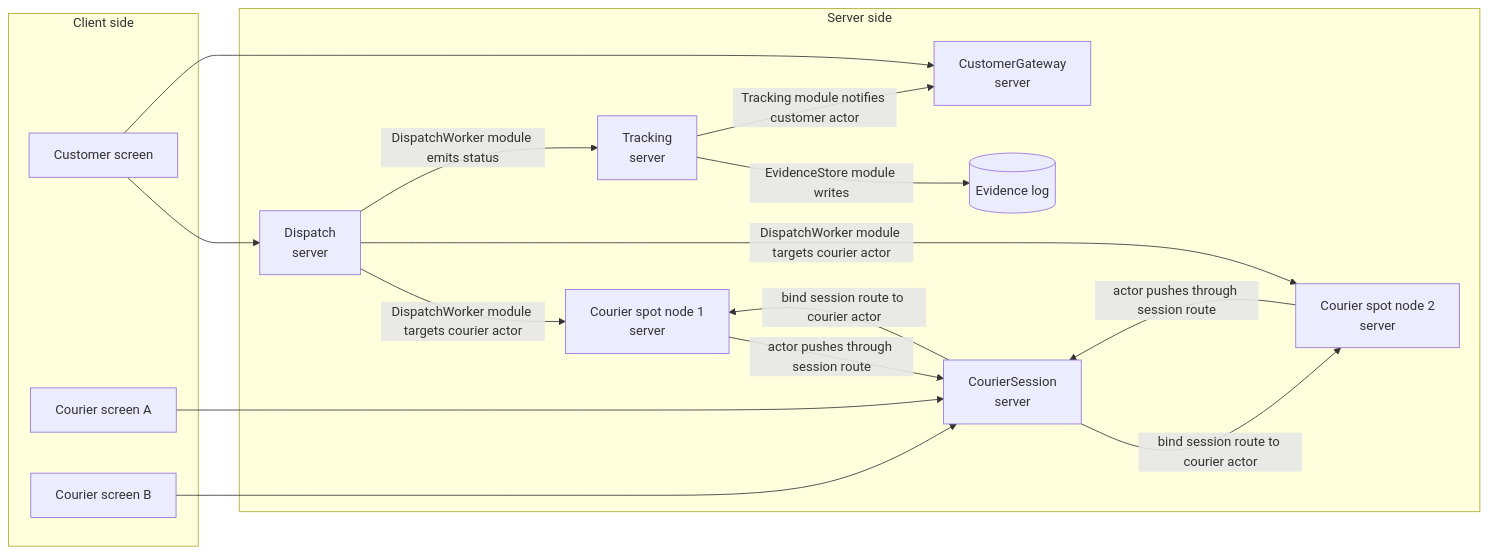
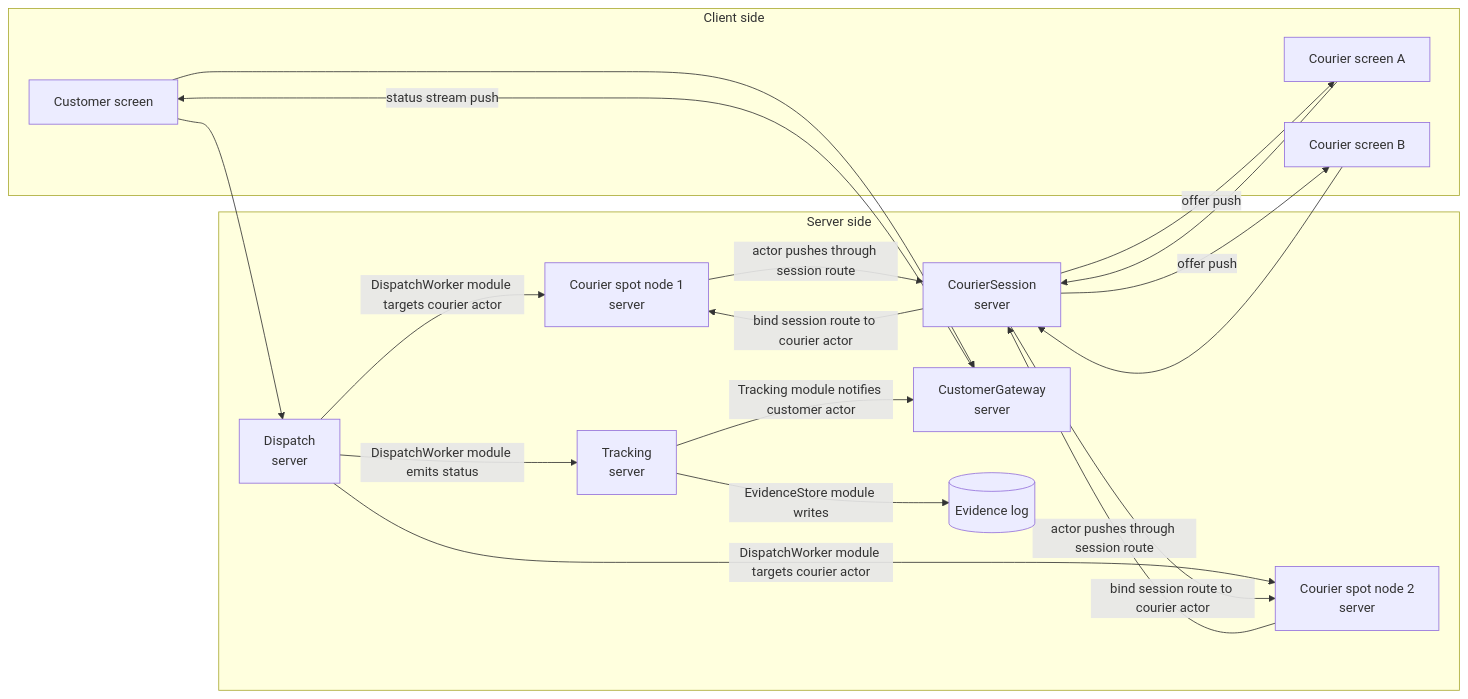
Before and after one commit to kairos-code-dev/zlink: the second of 4 diagrams in framework/doc/framework/common/sample/deliverydispatch/README.ko.md, drawn with Mermaid. The commit also changed other lines of this file and 8 other files, not shown here.

````diff
--- a/framework/doc/framework/common/sample/deliverydispatch/README.ko.md
+++ b/framework/doc/framework/common/sample/deliverydispatch/README.ko.md
@@ -141,35 +141,38 @@
 ```mermaid
 flowchart LR
     subgraph ClientSide[Client side]
         Customer[Customer screen]
         CourierClientA[Courier screen A]
         CourierClientB[Courier screen B]
     end
 
     subgraph ServerSide[Server side]
         DispatchServer["Dispatch<br/>server"]
         CourierSessionServer["CourierSession<br/>server"]
         CourierSpotServer1["Courier spot node 1<br/>server"]
         CourierSpotServer2["Courier spot node 2<br/>server"]
         CustomerGatewayServer["CustomerGateway<br/>server"]
         TrackingServer["Tracking<br/>server"]
         Evidence[(Evidence log)]
     end
 
     Customer --> DispatchServer
     Customer --> CustomerGatewayServer
     CourierClientA --> CourierSessionServer
     CourierClientB --> CourierSessionServer
 
     DispatchServer -->|DispatchWorker module targets courier actor| CourierSpotServer1
     DispatchServer -->|DispatchWorker module targets courier actor| CourierSpotServer2
     DispatchServer -->|DispatchWorker module emits status| TrackingServer
 
     CourierSessionServer -->|bind session route to courier actor| CourierSpotServer1
     CourierSessionServer -->|bind session route to courier actor| CourierSpotServer2
     CourierSpotServer1 -->|actor pushes through session route| CourierSessionServer
     CourierSpotServer2 -->|actor pushes through session route| CourierSessionServer
+    CourierSessionServer -->|offer push| CourierClientA
+    CourierSessionServer -->|offer push| CourierClientB
 
     TrackingServer -->|EvidenceStore module writes| Evidence
     TrackingServer -->|Tracking module notifies customer actor| CustomerGatewayServer
+    CustomerGatewayServer -->|status stream push| Customer
 ```
````
